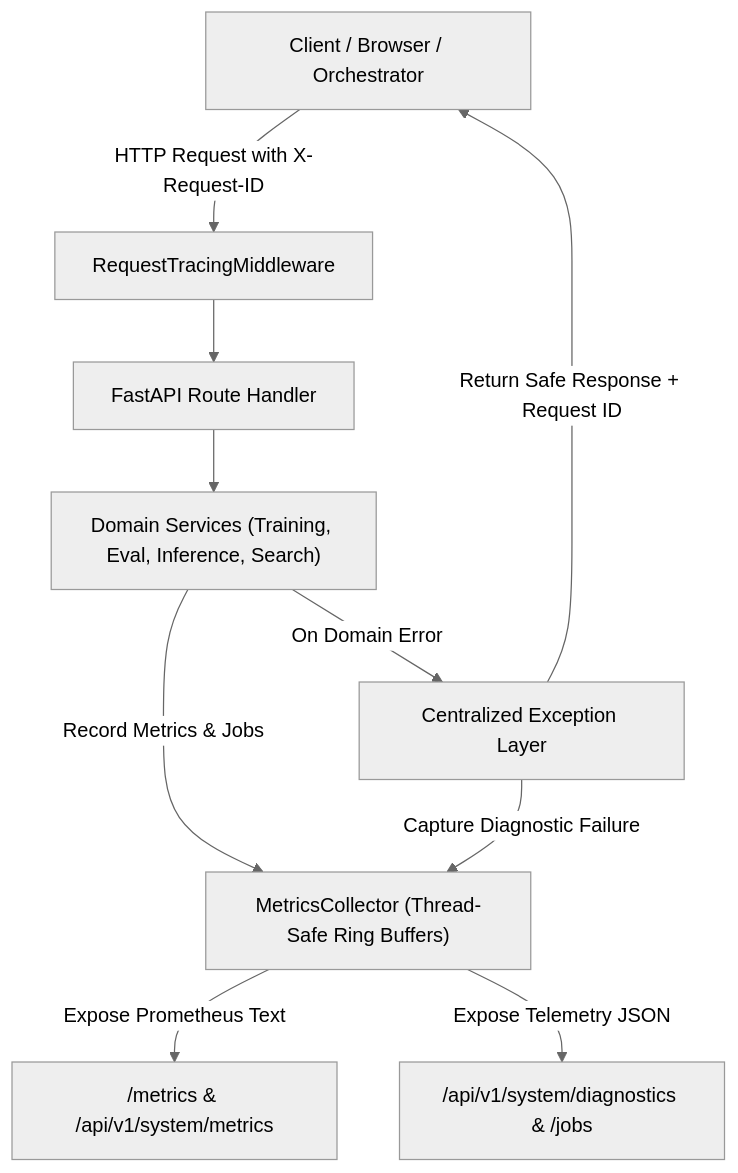
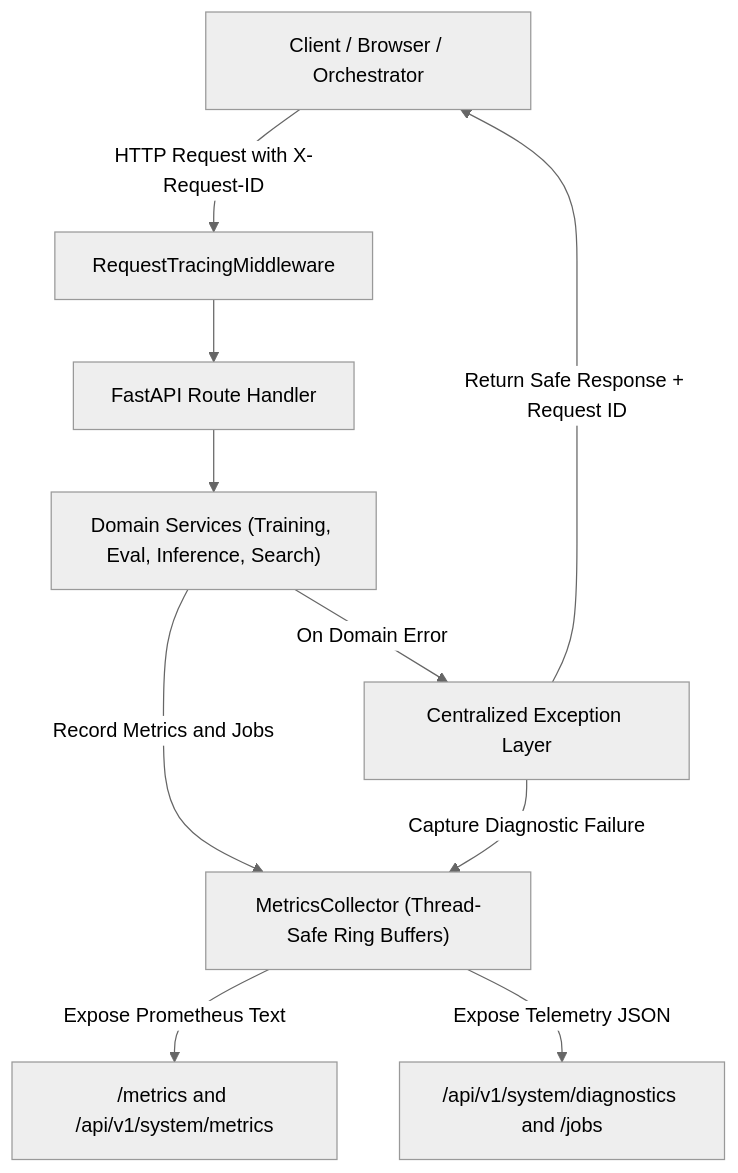
One commit to mzayan-bit/VisionForge changed the diagram in docs/observability.md. Above: the diagram before and after it, drawn with Mermaid (neutral theme). The commit also changed 10 other files, not shown here.

Commit message:
docs: fix Mermaid diagram syntax and broken documentation links

````diff
--- a/docs/observability.md
+++ b/docs/observability.md
@@ -18,15 +18,15 @@
 ```mermaid
 graph TD
-    Client["Client / Browser / Orchestrator"] -->|HTTP Request with X-Request-ID| MW["RequestTracingMiddleware"]
+    Client["Client / Browser / Orchestrator"] -->|"HTTP Request with X-Request-ID"| MW["RequestTracingMiddleware"]
     MW --> API["FastAPI Route Handler"]
     API --> Domain["Domain Services (Training, Eval, Inference, Search)"]
     
-    Domain -->|Record Metrics & Jobs| Collector["MetricsCollector (Thread-Safe Ring Buffers)"]
-    Domain -->|On Domain Error| Exc["Centralized Exception Layer"]
+    Domain -->|"Record Metrics and Jobs"| Collector["MetricsCollector (Thread-Safe Ring Buffers)"]
+    Domain -->|"On Domain Error"| Exc["Centralized Exception Layer"]
     
-    Exc -->|Capture Diagnostic Failure| Collector
-    Exc -->|Return Safe Response + Request ID| Client
+    Exc -->|"Capture Diagnostic Failure"| Collector
+    Exc -->|"Return Safe Response + Request ID"| Client
     
-    Collector -->|Expose Prometheus Text| MetricsEndpoint["/metrics & /api/v1/system/metrics"]
-    Collector -->|Expose Telemetry JSON| DiagEndpoint["/api/v1/system/diagnostics & /jobs"]
+    Collector -->|"Expose Prometheus Text"| MetricsEndpoint["/metrics and /api/v1/system/metrics"]
+    Collector -->|"Expose Telemetry JSON"| DiagEndpoint["/api/v1/system/diagnostics and /jobs"]
 ```
````
